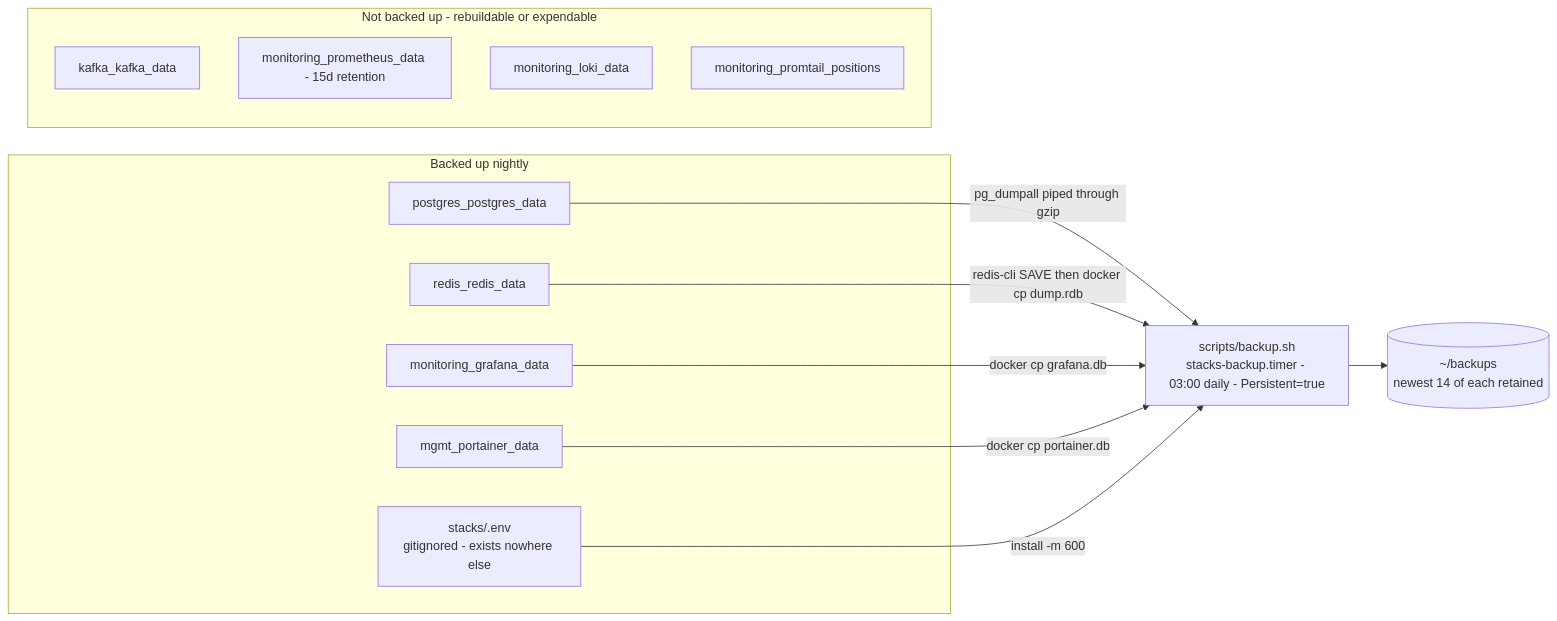
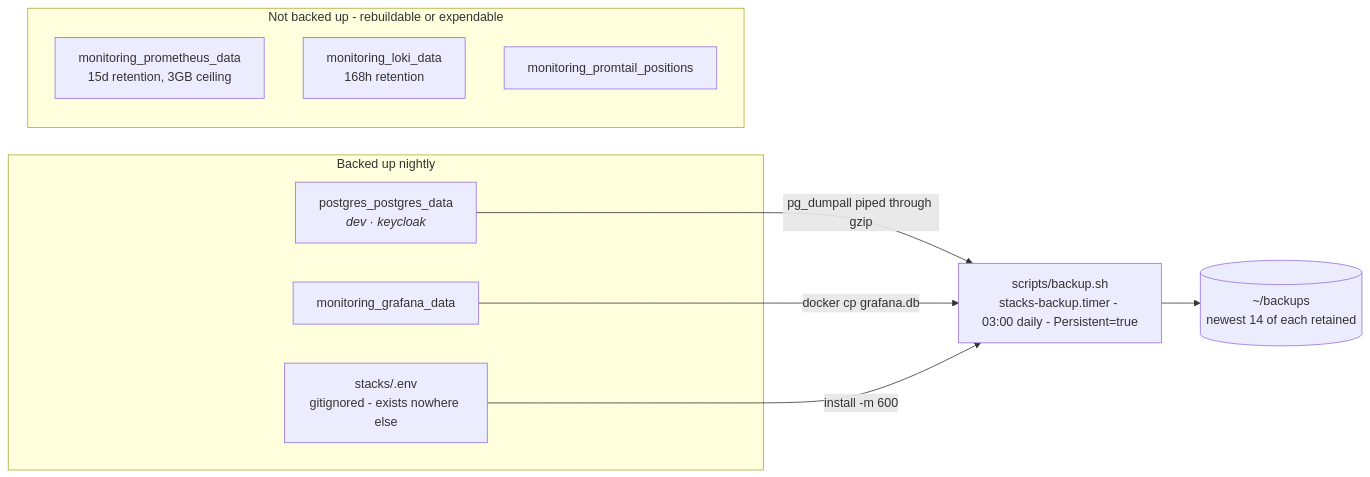
One commit to YehudaBriskman/Bothy changed the diagram in docs/diagrams/data-and-backups.mmd. Above: the diagram before and after it, drawn with Mermaid. The commit also changed 2 other files, not shown here.

```diff
--- a/docs/diagrams/data-and-backups.mmd
+++ b/docs/diagrams/data-and-backups.mmd
@@ -1,25 +1,20 @@
 flowchart LR
     subgraph s_covered["Backed up nightly"]
-        V1["postgres_postgres_data"]
-        V2["redis_redis_data"]
+        V1["postgres_postgres_data<br/><i>dev · keycloak</i>"]
         V5["monitoring_grafana_data"]
-        V8["mgmt_portainer_data"]
         ENVF["stacks/.env<br/>gitignored - exists nowhere else"]
     end
 
     subgraph s_uncovered["Not backed up - rebuildable or expendable"]
-        V3["kafka_kafka_data"]
-        V4["monitoring_prometheus_data - 15d retention"]
-        V6["monitoring_loki_data"]
+        V4["monitoring_prometheus_data<br/>15d retention, 3GB ceiling"]
+        V6["monitoring_loki_data<br/>168h retention"]
         V7["monitoring_promtail_positions"]
     end
 
     BK["scripts/backup.sh<br/>stacks-backup.timer - 03:00 daily - Persistent=true"]
     OUT[("~/backups<br/>newest 14 of each retained")]
 
     V1 -->|"pg_dumpall piped through gzip"| BK
-    V2 -->|"redis-cli SAVE then docker cp dump.rdb"| BK
     V5 -->|"docker cp grafana.db"| BK
-    V8 -->|"docker cp portainer.db"| BK
     ENVF -->|"install -m 600"| BK
     BK --> OUT
```
